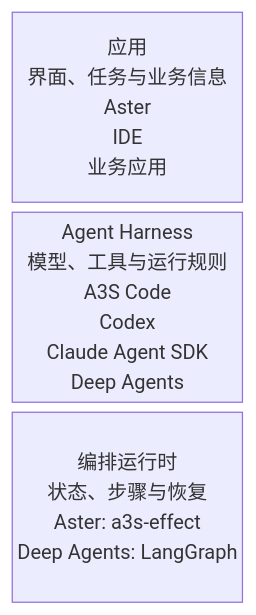
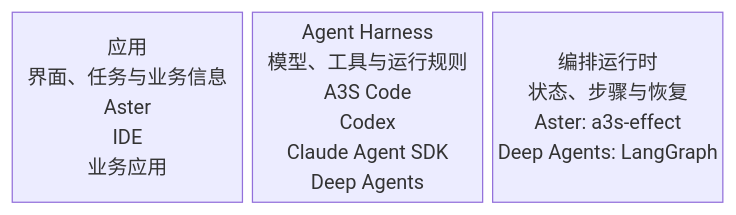
One commit to RezinChow/aster changed the diagram in apps/web/content/docs/code/9.1.6/_diagrams/framework-layers.mmd. Above: the diagram before and after it, drawn with Mermaid. The commit also changed 155 other files, not shown here.

Commit message:
feat(web): add Spotlight source reading and unify architecture figures

```diff
--- a/apps/web/content/docs/code/9.1.6/_diagrams/framework-layers.mmd
+++ b/apps/web/content/docs/code/9.1.6/_diagrams/framework-layers.mmd
@@ -1,5 +1,5 @@
 block-beta
-  columns 1
+  columns 3
   app["应用<br/>界面、任务与业务信息<br/>Aster<br/>IDE<br/>业务应用"]
   harness["Agent Harness<br/>模型、工具与运行规则<br/>A3S Code<br/>Codex<br/>Claude Agent SDK<br/>Deep Agents"]
   orchestration["编排运行时<br/>状态、步骤与恢复<br/>Aster: a3s-effect<br/>Deep Agents: LangGraph"]
```
